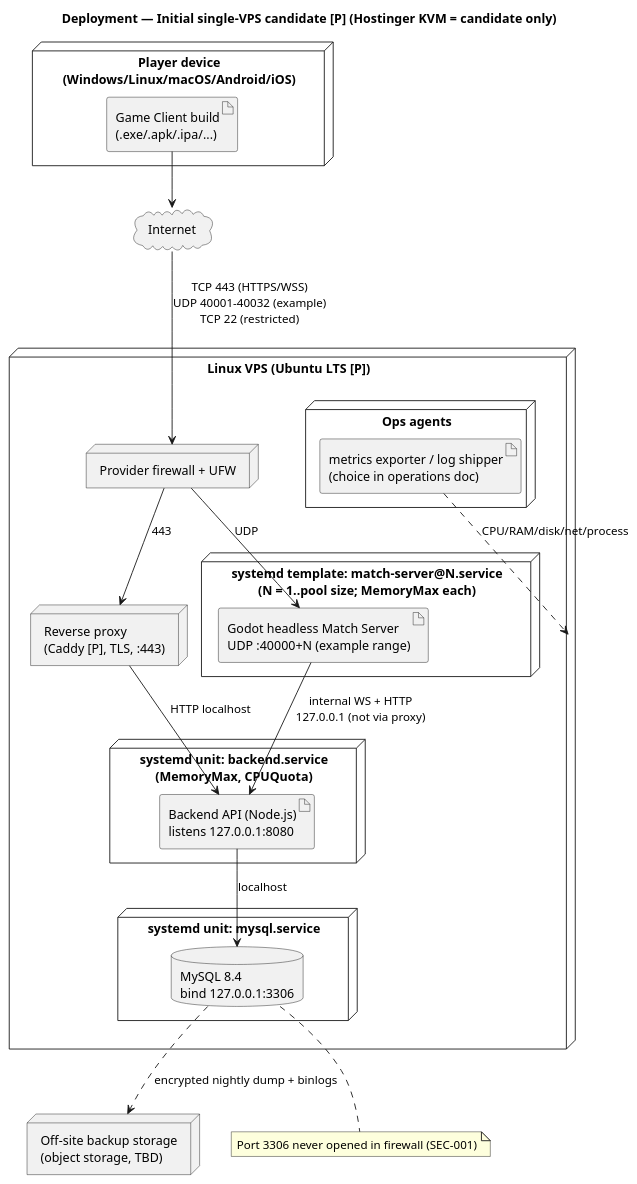
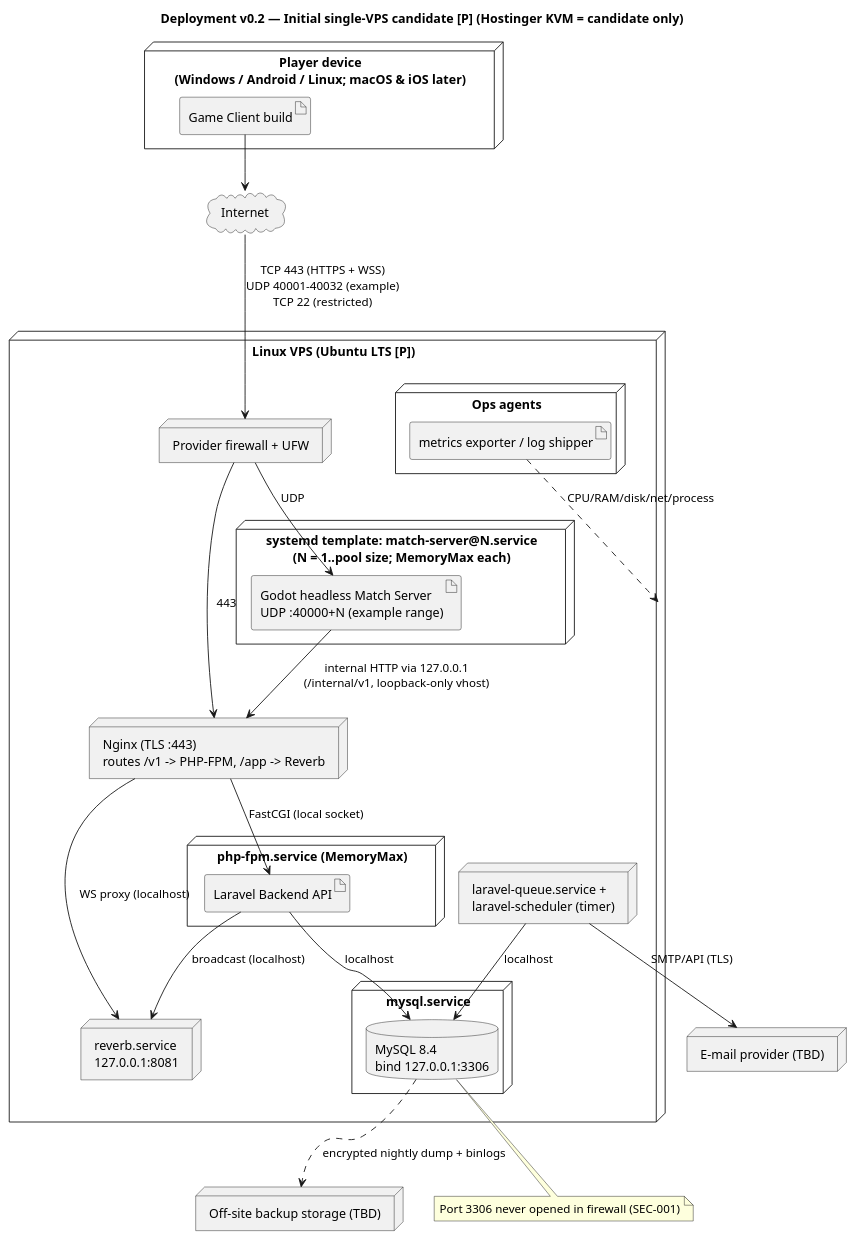
The diagram in docs/02-uml/deployment.puml (houcine212-hub/Bayblade_Sesytem), drawn with PlantUML before and after one commit. The commit also changed 59 other files, not shown here.

```diff
--- a/docs/02-uml/deployment.puml
+++ b/docs/02-uml/deployment.puml
@@ -1,35 +1,42 @@
 @startuml deployment
-title Deployment — Initial single-VPS candidate [P] (Hostinger KVM = candidate only)
-node "Player device\n(Windows/Linux/macOS/Android/iOS)" as DEV {
-  artifact "Game Client build\n(.exe/.apk/.ipa/...)" as CLIENT
+title Deployment v0.2 — Initial single-VPS candidate [P] (Hostinger KVM = candidate only)
+node "Player device\n(Windows / Android / Linux; macOS & iOS later)" as DEV {
+  artifact "Game Client build" as CLIENT
 }
 cloud "Internet" as NET
 node "Linux VPS (Ubuntu LTS [P])" as VPS {
   node "Provider firewall + UFW" as FW
-  node "Reverse proxy\n(Caddy [P], TLS, :443)" as RP
-  node "systemd unit: backend.service\n(MemoryMax, CPUQuota)" as BE {
-    artifact "Backend API (Node.js)\nlistens 127.0.0.1:8080" as API
+  node "Nginx (TLS :443)\nroutes /v1 -> PHP-FPM, /app -> Reverb" as RP
+  node "php-fpm.service (MemoryMax)" as FPM {
+    artifact "Laravel Backend API" as API
   }
+  node "reverb.service\n127.0.0.1:8081" as REV
+  node "laravel-queue.service +\nlaravel-scheduler (timer)" as QW
   node "systemd template: match-server@N.service\n(N = 1..pool size; MemoryMax each)" as MSN {
     artifact "Godot headless Match Server\nUDP :40000+N (example range)" as MS
   }
-  node "systemd unit: mysql.service" as DBN {
+  node "mysql.service" as DBN {
     database "MySQL 8.4\nbind 127.0.0.1:3306" as DB
   }
   node "Ops agents" as OPS {
-    artifact "metrics exporter / log shipper\n(choice in operations doc)" as MON
+    artifact "metrics exporter / log shipper" as MON
   }
 }
-node "Off-site backup storage\n(object storage, TBD)" as BK
+node "Off-site backup storage (TBD)" as BK
+node "E-mail provider (TBD)" as MAIL
 
 CLIENT --> NET
-NET --> FW : TCP 443 (HTTPS/WSS)\nUDP 40001-40032 (example)\nTCP 22 (restricted)
+NET --> FW : TCP 443 (HTTPS + WSS)\nUDP 40001-40032 (example)\nTCP 22 (restricted)
 FW --> RP : 443
-RP --> API : HTTP localhost
+RP --> API : FastCGI (local socket)
+RP --> REV : WS proxy (localhost)
 FW --> MS : UDP
-MS --> API : internal WS + HTTP\n127.0.0.1 (not via proxy)
+MS --> RP : internal HTTP via 127.0.0.1\n(/internal/v1, loopback-only vhost)
 API --> DB : localhost
+QW --> DB : localhost
+API --> REV : broadcast (localhost)
+QW --> MAIL : SMTP/API (TLS)
 DB ..> BK : encrypted nightly dump + binlogs
 MON ..> VPS : CPU/RAM/disk/net/process
 note bottom of DB : Port 3306 never opened in firewall (SEC-001)
 @enduml
```
